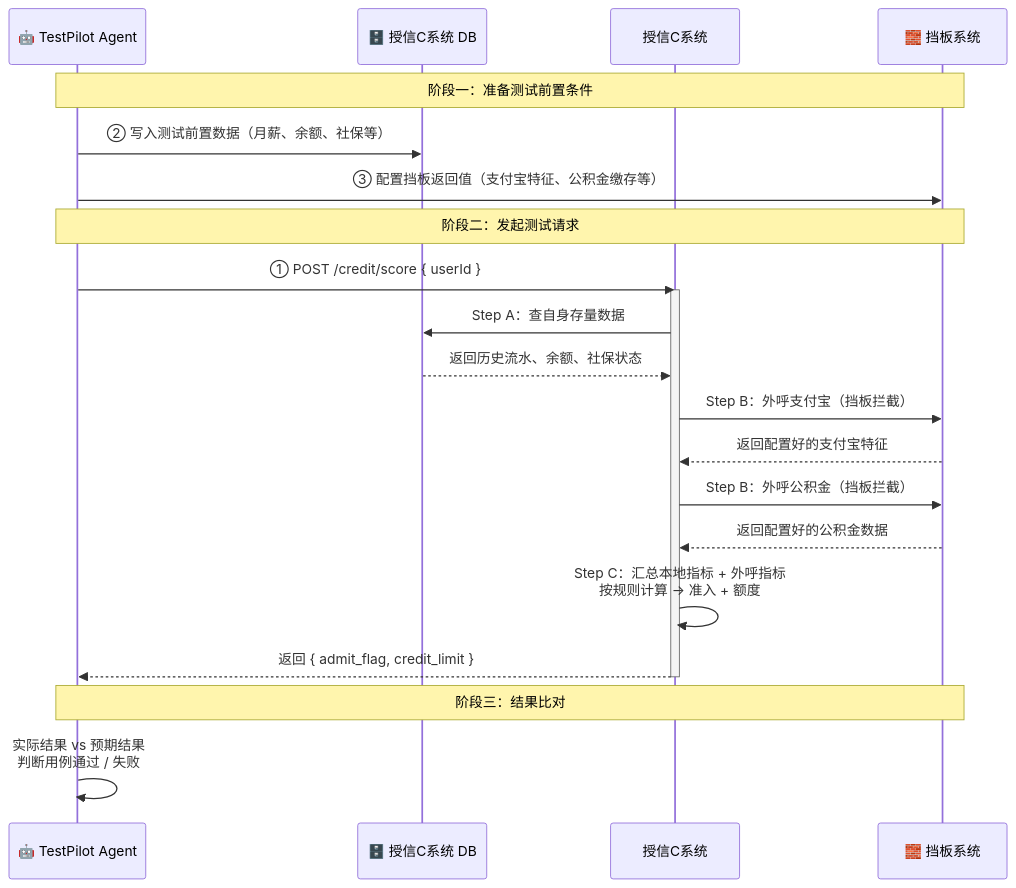
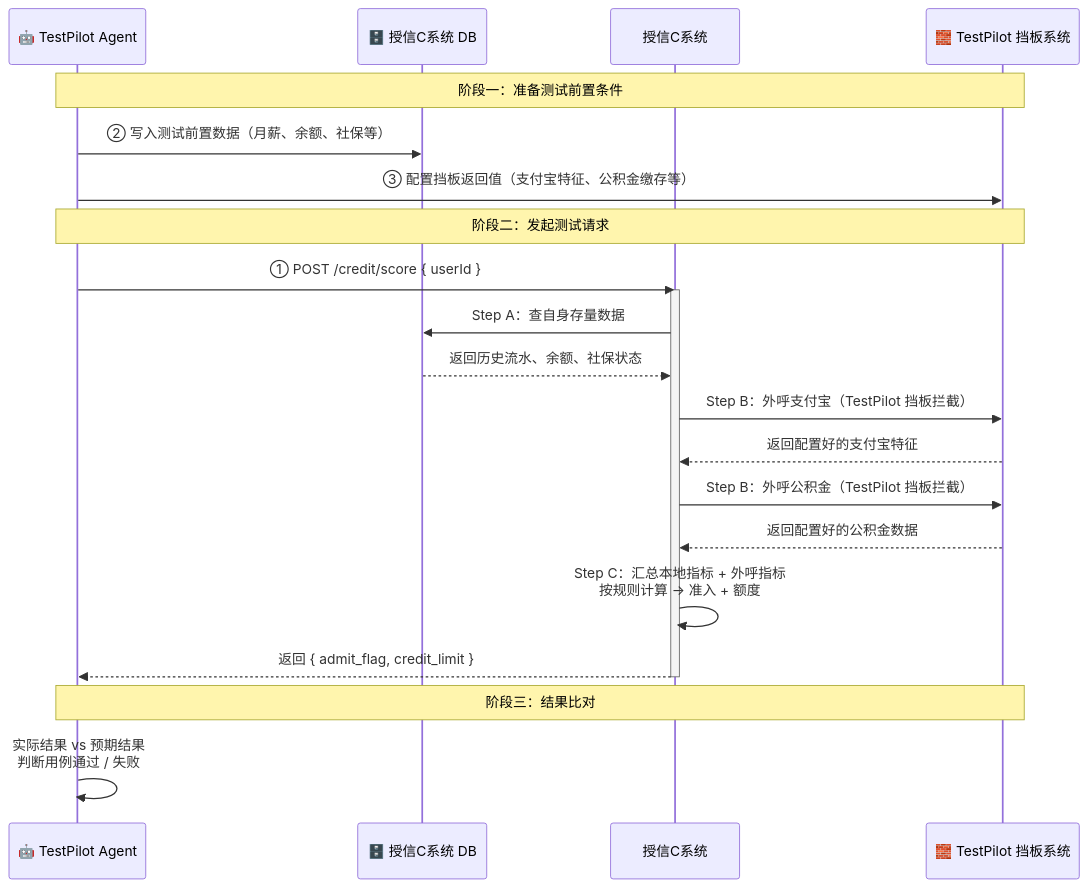
One commit to lee780/testagent-demo changed the second of 4 diagrams in docs/08-测试架构组网图.md. Above: the diagram before and after it, drawn with Mermaid. The commit also changed other lines of this file and 2 other files, not shown here.

First line of the commit message:
refactor: 挡板系统归入 TestPilot，架构图说明清晰化

````diff
--- a/docs/08-测试架构组网图.md
+++ b/docs/08-测试架构组网图.md
@@ -65,35 +65,35 @@
 ```mermaid
 sequenceDiagram
     participant A as 🤖 TestPilot Agent
     participant CDB as 🗄️ 授信C系统 DB
     participant C as 授信C系统
-    participant S as 🧱 挡板系统
+    participant S as 🧱 TestPilot 挡板系统
 
     Note over A,S: 阶段一：准备测试前置条件
 
     A->>CDB: ② 写入测试前置数据（月薪、余额、社保等）
     A->>S: ③ 配置挡板返回值（支付宝特征、公积金缴存等）
 
     Note over A,S: 阶段二：发起测试请求
 
     A->>C: ① POST /credit/score { userId }
     activate C
 
     C->>CDB: Step A：查自身存量数据
     CDB-->>C: 返回历史流水、余额、社保状态
 
-    C->>S: Step B：外呼支付宝（挡板拦截）
+    C->>S: Step B：外呼支付宝（TestPilot 挡板拦截）
     S-->>C: 返回配置好的支付宝特征
 
-    C->>S: Step B：外呼公积金（挡板拦截）
+    C->>S: Step B：外呼公积金（TestPilot 挡板拦截）
     S-->>C: 返回配置好的公积金数据
 
     C->>C: Step C：汇总本地指标 + 外呼指标<br/>按规则计算 → 准入 + 额度
 
     C-->>A: 返回 { admit_flag, credit_limit }
     deactivate C
 
     Note over A,S: 阶段三：结果比对
 
     A->>A: 实际结果 vs 预期结果<br/>判断用例通过 / 失败
 ```
````
